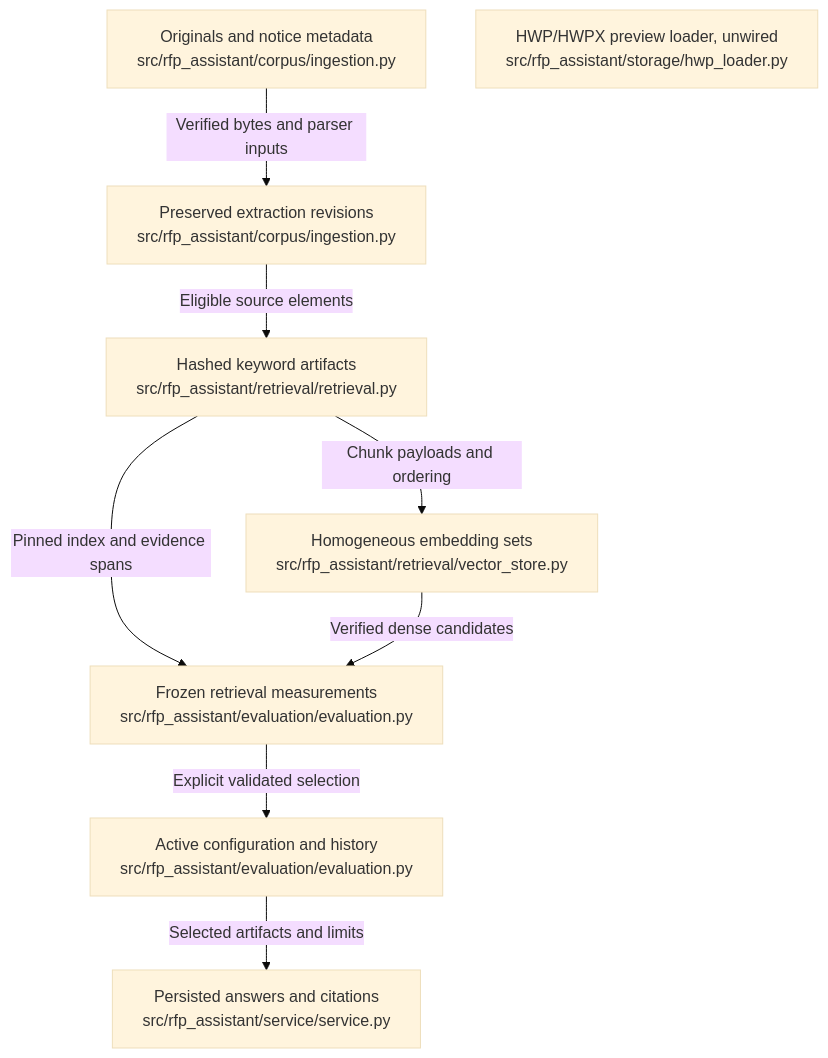
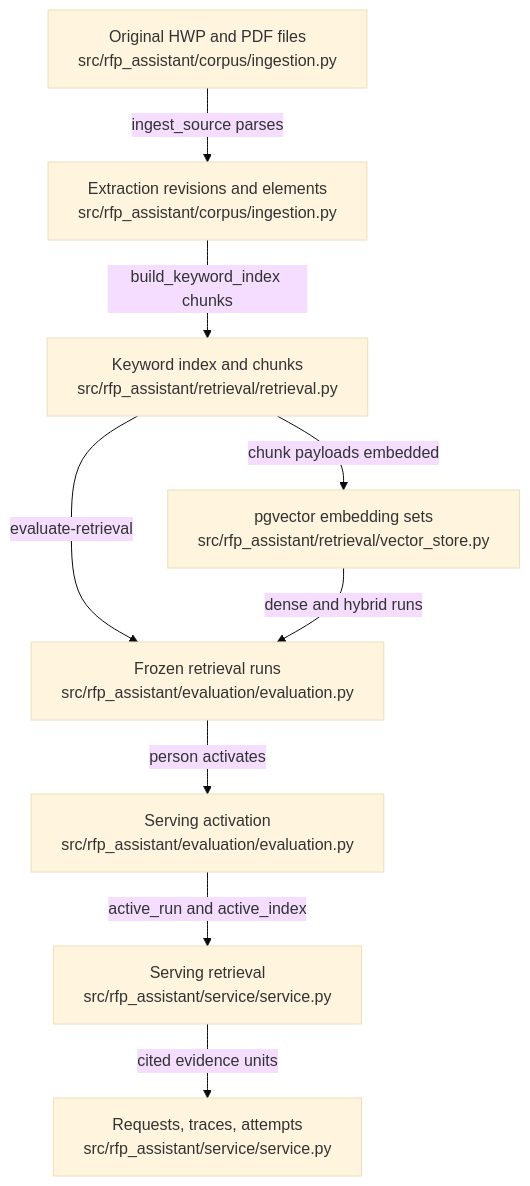
One commit to littleeeeebit/project-codeit-mid changed the diagram in .omm/data-flow/diagram.mmd. Above: the diagram before and after it, drawn with Mermaid (base theme). The commit also changed 370 other files, not shown here.

Commit message:
Refresh wiki and architecture before merge

```diff
--- a/.omm/data-flow/diagram.mmd
+++ b/.omm/data-flow/diagram.mmd
@@ -1,9 +1,17 @@
 graph TD
-originals["Originals and notice metadata\nsrc/rfp_assistant/corpus/ingestion.py"] -->|Verified bytes and parser inputs| extraction["Preserved extraction revisions\nsrc/rfp_assistant/corpus/ingestion.py"]
-extraction -->|Eligible source elements| keyword["Hashed keyword artifacts\nsrc/rfp_assistant/retrieval/retrieval.py"]
-keyword -->|Chunk payloads and ordering| vectors["Homogeneous embedding sets\nsrc/rfp_assistant/retrieval/vector_store.py"]
-keyword -->|Pinned index and evidence spans| measurements["Frozen retrieval measurements\nsrc/rfp_assistant/evaluation/evaluation.py"]
-vectors -->|Verified dense candidates| measurements
-measurements -->|Explicit validated selection| activation["Active configuration and history\nsrc/rfp_assistant/evaluation/evaluation.py"]
-activation -->|Selected artifacts and limits| requests["Persisted answers and citations\nsrc/rfp_assistant/service/service.py"]
-preview["HWP/HWPX preview loader, unwired\nsrc/rfp_assistant/storage/hwp_loader.py"]
+  originals["Original HWP and PDF files\nsrc/rfp_assistant/corpus/ingestion.py"]
+  extractions["Extraction revisions and elements\nsrc/rfp_assistant/corpus/ingestion.py"]
+  keyword-index["Keyword index and chunks\nsrc/rfp_assistant/retrieval/retrieval.py"]
+  embedding-sets["pgvector embedding sets\nsrc/rfp_assistant/retrieval/vector_store.py"]
+  retrieval-runs["Frozen retrieval runs\nsrc/rfp_assistant/evaluation/evaluation.py"]
+  activation["Serving activation\nsrc/rfp_assistant/evaluation/evaluation.py"]
+  serving-retrieval["Serving retrieval\nsrc/rfp_assistant/service/service.py"]
+  request-records["Requests, traces, attempts\nsrc/rfp_assistant/service/service.py"]
+  originals -->|ingest_source parses| extractions
+  extractions -->|build_keyword_index chunks| keyword-index
+  keyword-index -->|chunk payloads embedded| embedding-sets
+  keyword-index -->|evaluate-retrieval| retrieval-runs
+  embedding-sets -->|dense and hybrid runs| retrieval-runs
+  retrieval-runs -->|person activates| activation
+  activation -->|active_run and active_index| serving-retrieval
+  serving-retrieval -->|cited evidence units| request-records
```
